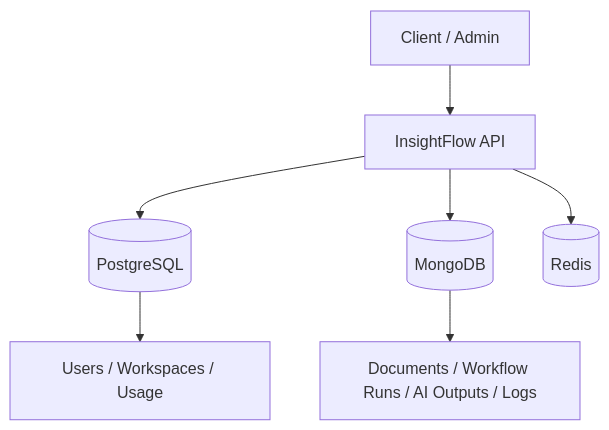
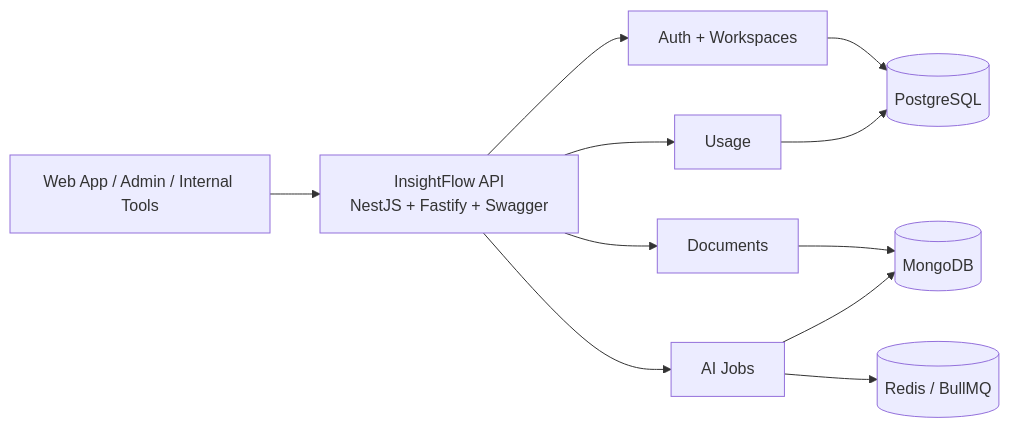
One commit to ashishssoni/insightflow changed the first of 2 diagrams in docs/architecture.md. Above: the diagram before and after it, drawn with Mermaid. The commit also changed other lines of this file and 14 other files, not shown here.

````diff
--- a/docs/architecture.md
+++ b/docs/architecture.md
@@ -6,10 +13,14 @@
 ```mermaid
-flowchart TD
-    Client[Client / Admin] --> API[InsightFlow API]
-    API --> PG[(PostgreSQL)]
-    API --> MG[(MongoDB)]
-    API --> RD[(Redis)]
+flowchart LR
+    Client[Web App / Admin / Internal Tools] --> API[InsightFlow API\nNestJS + Fastify + Swagger]
+    API --> AUTH[Auth + Workspaces]
+    API --> DOCS[Documents]
+    API --> JOBS[AI Jobs]
+    API --> USAGE[Usage]
 
-    PG --> PGD[Users / Workspaces / Usage]
-    MG --> MGD[Documents / Workflow Runs / AI Outputs / Logs]
+    AUTH --> PG[(PostgreSQL)]
+    USAGE --> PG
+    DOCS --> MG[(MongoDB)]
+    JOBS --> MG
+    JOBS --> RD[(Redis / BullMQ)]
 ```
````
